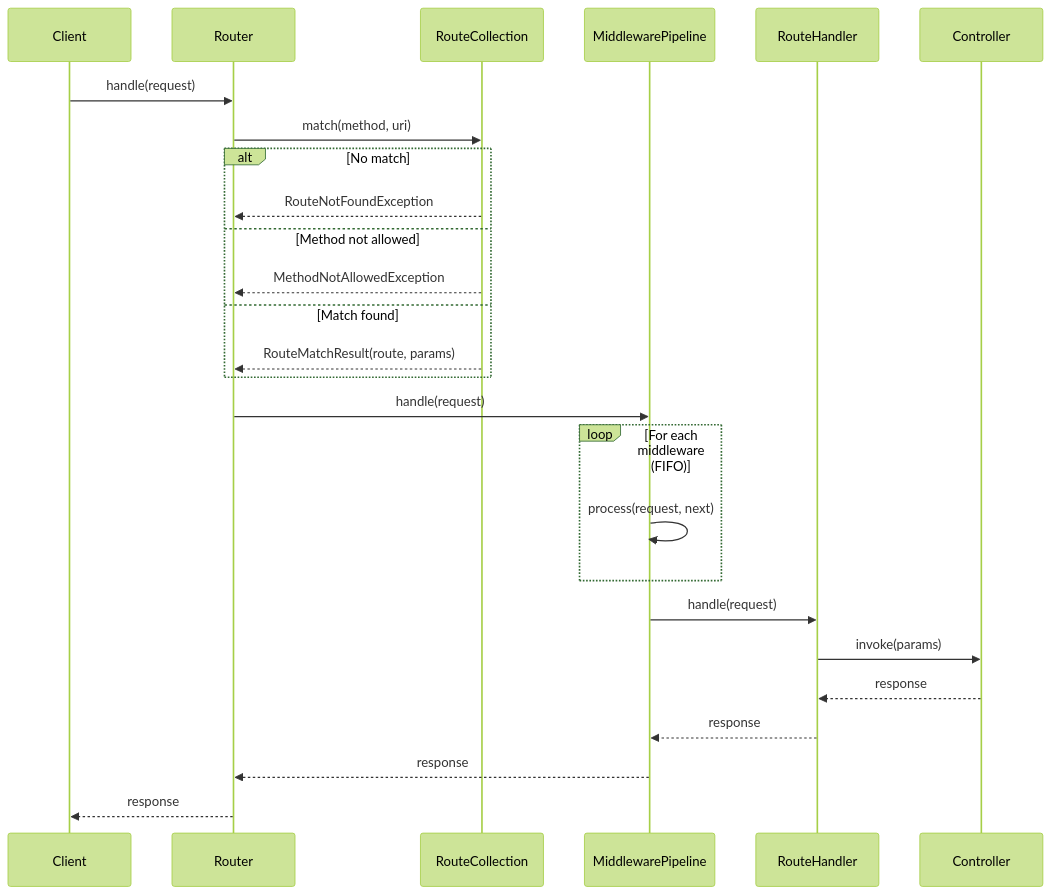
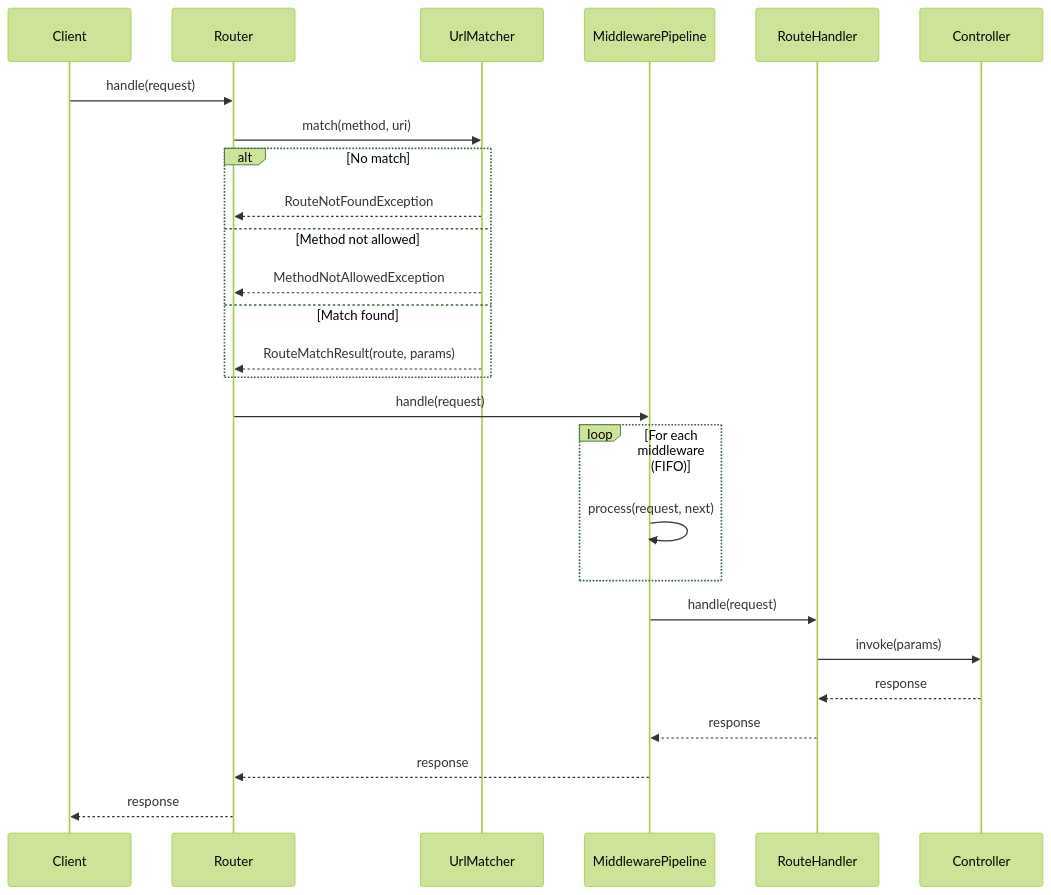
One commit to ascetic-soft/Waypoint changed the first of 8 diagrams in docs/internals.md. Above: the diagram before and after it, drawn with Mermaid (forest theme). The commit also changed other lines of this file and 13 other files, not shown here.

````diff
--- a/docs/internals.md
+++ b/docs/internals.md
@@ -26,31 +26,31 @@
 ```mermaid
 sequenceDiagram
     participant Client
     participant Router
-    participant RouteCollection
+    participant UrlMatcher
     participant MiddlewarePipeline
     participant RouteHandler
     participant Controller
 
     Client->>Router: handle(request)
-    Router->>RouteCollection: match(method, uri)
+    Router->>UrlMatcher: match(method, uri)
 
     alt No match
-        RouteCollection-->>Router: RouteNotFoundException
+        UrlMatcher-->>Router: RouteNotFoundException
     else Method not allowed
-        RouteCollection-->>Router: MethodNotAllowedException
+        UrlMatcher-->>Router: MethodNotAllowedException
     else Match found
-        RouteCollection-->>Router: RouteMatchResult(route, params)
+        UrlMatcher-->>Router: RouteMatchResult(route, params)
     end
 
     Router->>MiddlewarePipeline: handle(request)
     loop For each middleware (FIFO)
         MiddlewarePipeline->>MiddlewarePipeline: process(request, next)
     end
     MiddlewarePipeline->>RouteHandler: handle(request)
     RouteHandler->>Controller: invoke(params)
     Controller-->>RouteHandler: response
     RouteHandler-->>MiddlewarePipeline: response
     MiddlewarePipeline-->>Router: response
     Router-->>Client: response
 ```
````
